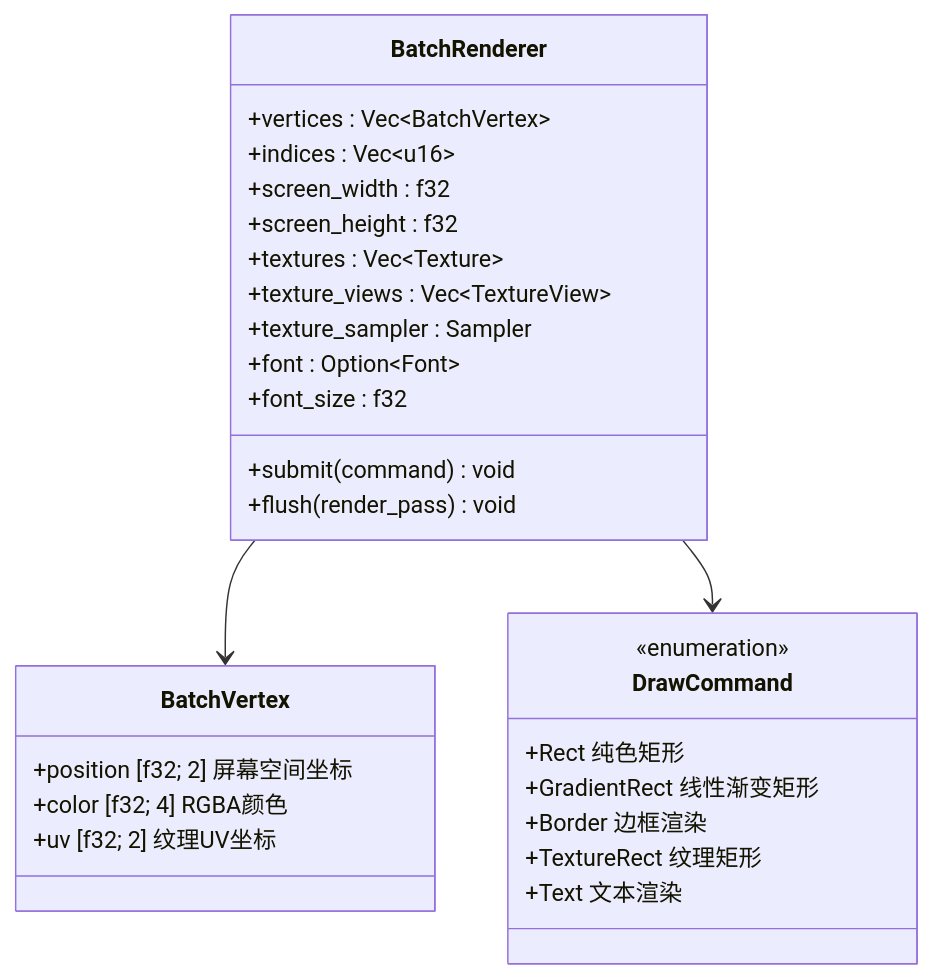
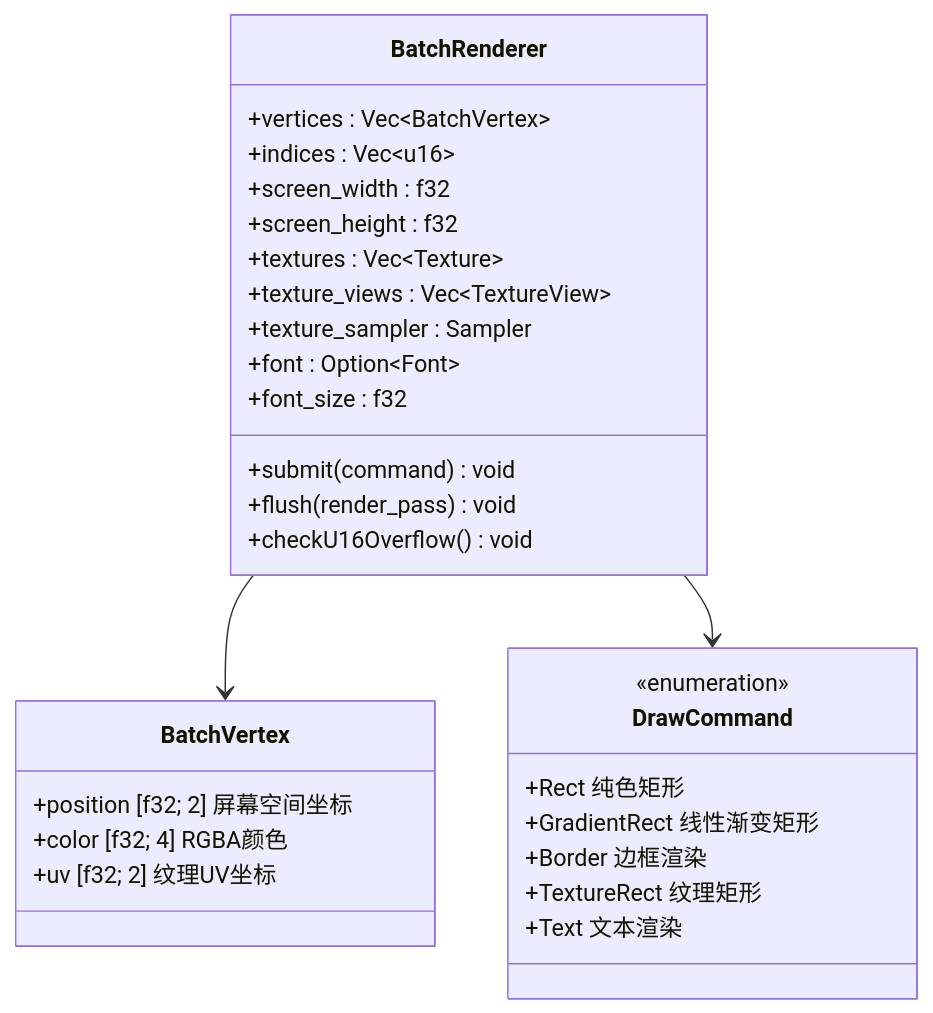
The seventh of 44 diagrams in .qoder/repowiki/zh/content/技术架构详解/WebGPU渲染引擎/WebGPU渲染引擎.md (itszzl-sudo/iris), drawn with Mermaid before and after one commit. The commit also changed other lines of this file and 4 other files, not shown here.

````diff
--- a/.qoder/repowiki/zh/content/技术架构详解/WebGPU渲染引擎/WebGPU渲染引擎.md
+++ b/.qoder/repowiki/zh/content/技术架构详解/WebGPU渲染引擎/WebGPU渲染引擎.md
@@ -351,31 +356,32 @@
 ```mermaid
 classDiagram
 class BatchVertex {
 +position [f32; 2] 屏幕空间坐标
 +color [f32; 4] RGBA颜色
 +uv [f32; 2] 纹理UV坐标
 }
 class DrawCommand {
 <<enumeration>>
 +Rect 纯色矩形
 +GradientRect 线性渐变矩形
 +Border 边框渲染
 +TextureRect 纹理矩形
 +Text 文本渲染
 }
 class BatchRenderer {
 +vertices : Vec~BatchVertex~
 +indices : Vec~u16~
 +screen_width : f32
 +screen_height : f32
 +textures : Vec~Texture~
 +texture_views : Vec~TextureView~
 +texture_sampler : Sampler
 +font : Option~Font~
 +font_size : f32
 +submit(command) void
 +flush(render_pass) void
++checkU16Overflow() void
 }
 BatchRenderer --> BatchVertex
 BatchRenderer --> DrawCommand
 ```
````
